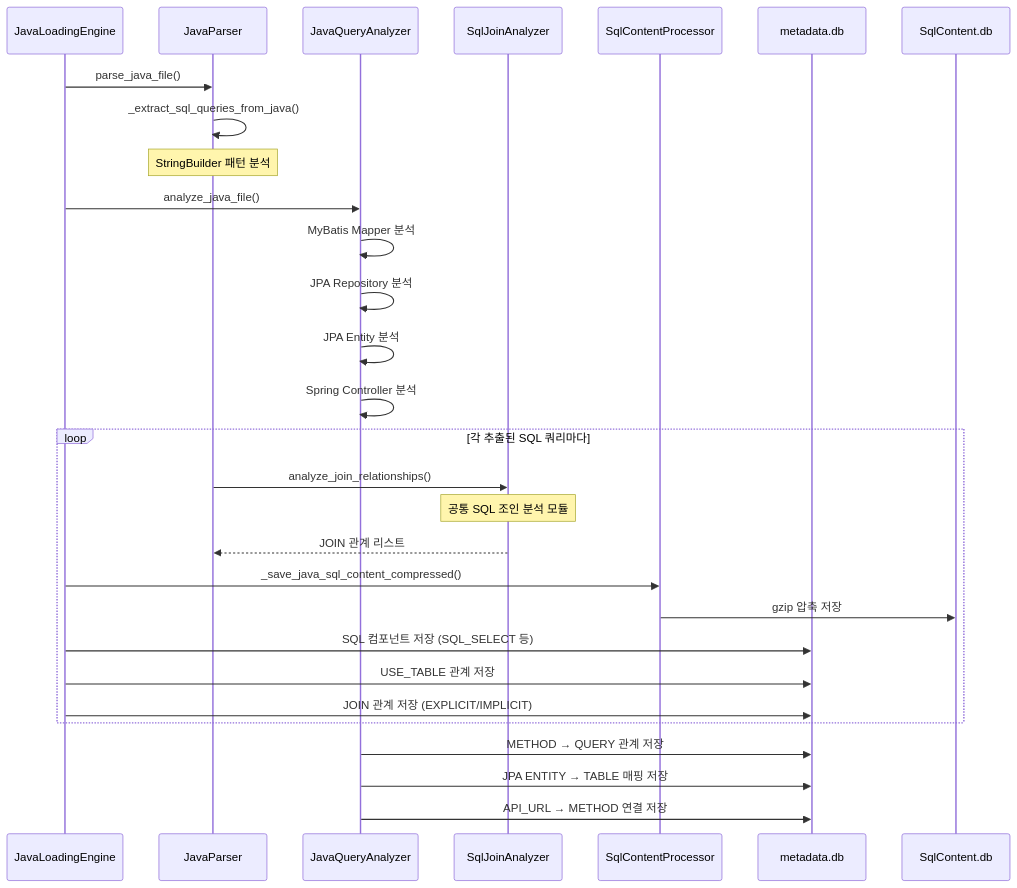
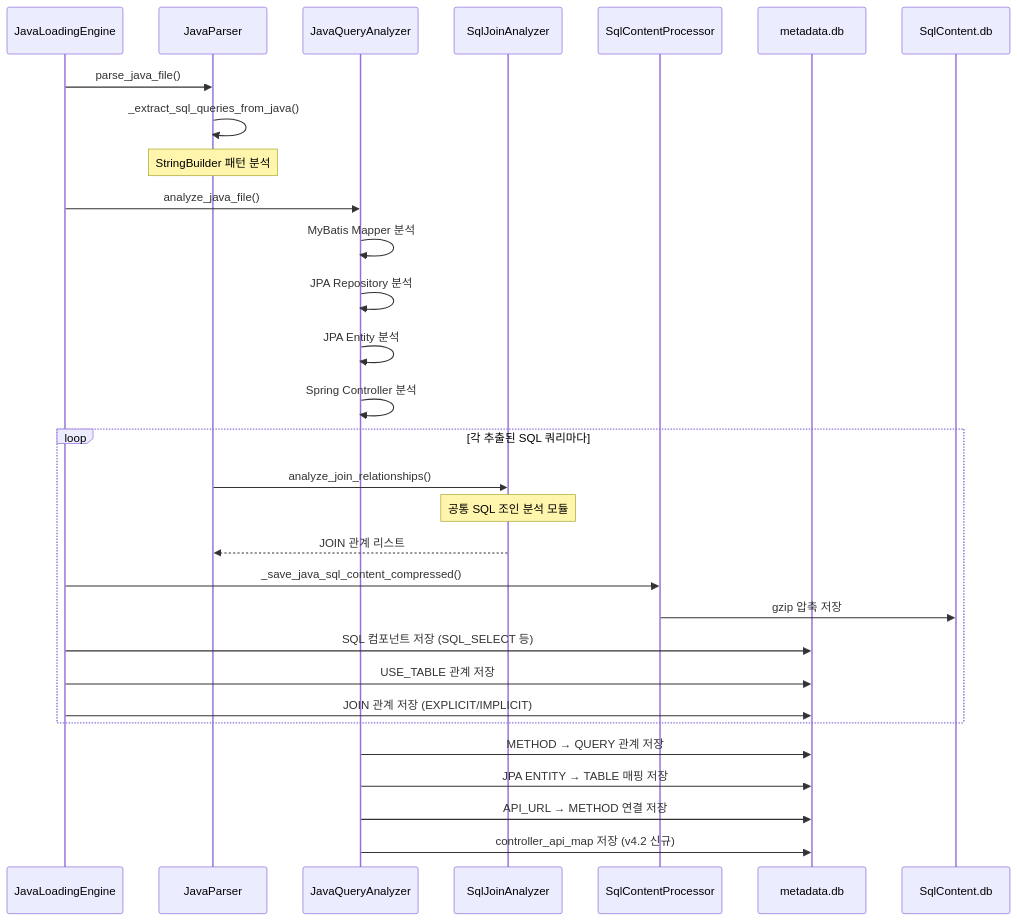
Before and after one commit to kumtaek/CreateMetaDb: the third of 3 diagrams in docs/07_4단계_Java_분석_구현서.md, drawn with Mermaid. The commit also changed other lines of this file and 30 other files, not shown here.

````diff
--- a/docs/07_4단계_Java_분석_구현서.md
+++ b/docs/07_4단계_Java_분석_구현서.md
@@ -931,37 +951,38 @@
 ```mermaid
 sequenceDiagram
     participant JE as JavaLoadingEngine
     participant JP as JavaParser
     participant JQA as JavaQueryAnalyzer
     participant SJA as SqlJoinAnalyzer
     participant SCP as SqlContentProcessor
     participant DB as metadata.db
     participant SCDB as SqlContent.db
 
     JE->>JP: parse_java_file()
     JP->>JP: _extract_sql_queries_from_java()
     Note over JP: StringBuilder 패턴 분석
 
     JE->>JQA: analyze_java_file()
     JQA->>JQA: MyBatis Mapper 분석
     JQA->>JQA: JPA Repository 분석
     JQA->>JQA: JPA Entity 분석
     JQA->>JQA: Spring Controller 분석
 
     loop 각 추출된 SQL 쿼리마다
         JP->>SJA: analyze_join_relationships()
         Note over SJA: 공통 SQL 조인 분석 모듈
         SJA-->>JP: JOIN 관계 리스트
 
         JE->>SCP: _save_java_sql_content_compressed()
         SCP->>SCDB: gzip 압축 저장
 
         JE->>DB: SQL 컴포넌트 저장 (SQL_SELECT 등)
         JE->>DB: USE_TABLE 관계 저장
         JE->>DB: JOIN 관계 저장 (EXPLICIT/IMPLICIT)
     end
 
     JQA->>DB: METHOD → QUERY 관계 저장
     JQA->>DB: JPA ENTITY → TABLE 매핑 저장
     JQA->>DB: API_URL → METHOD 연결 저장
+    JQA->>DB: controller_api_map 저장 (v4.2 신규)
 ```
````
